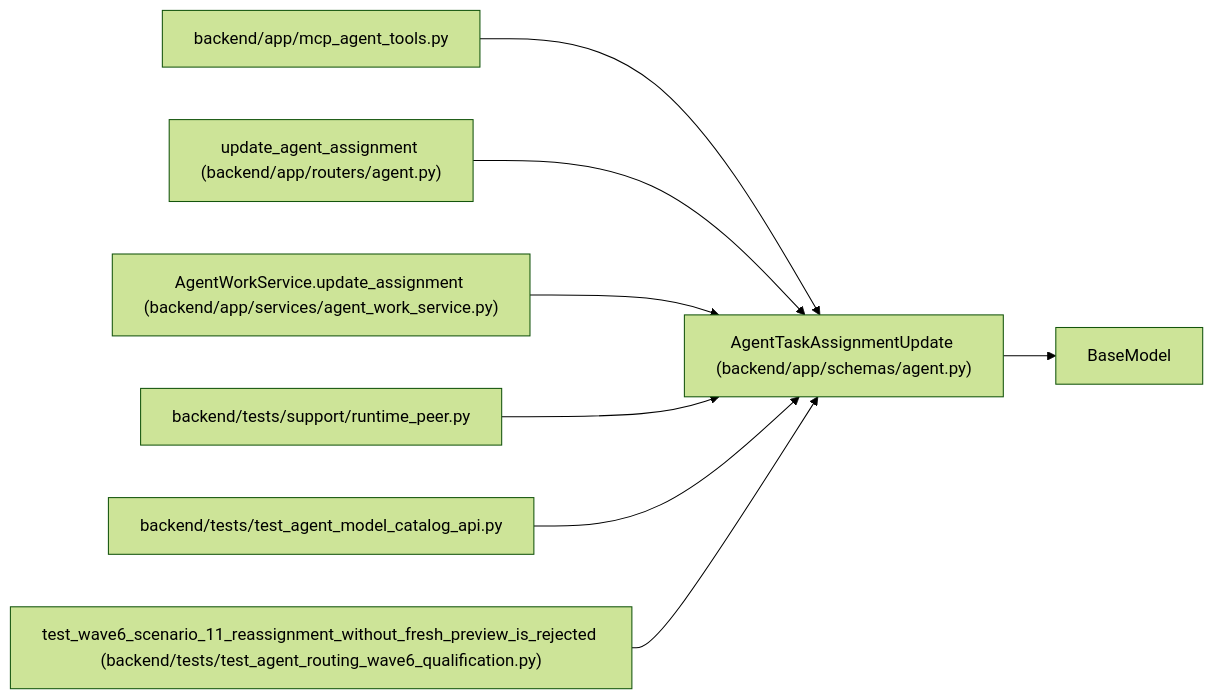
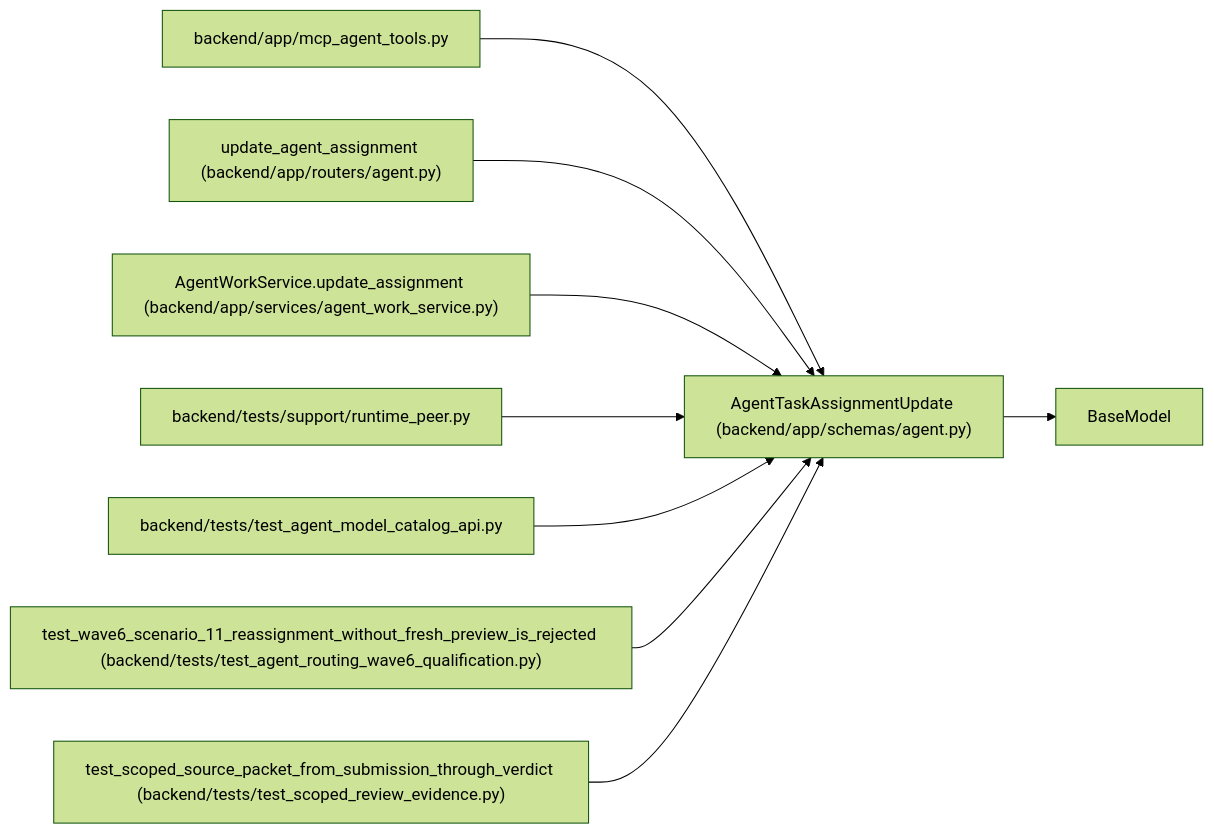
The diagram in docs/llm_wiki/entities/AgentTaskAssignmentUpdate.md (Denissvgn/WorkChord), drawn with Mermaid (forest theme) before and after one commit. The commit also changed other lines of this file and 891 other files, not shown here.

Commit message:
Document candidate-bound evidence and independent review policy

````diff
--- a/docs/llm_wiki/entities/AgentTaskAssignmentUpdate.md
+++ b/docs/llm_wiki/entities/AgentTaskAssignmentUpdate.md
@@ -38,25 +39,28 @@
 ```mermaid
 flowchart LR
     n0["AgentTaskAssignmentUpdate (backend/app/schemas/agent.py)"]
     n1["BaseModel"]
     n2["backend/app/mcp_agent_tools.py"]
     n3["update_agent_assignment (backend/app/routers/agent.py)"]
     n4["AgentWorkService.update_assignment (backend/app/services/agent_work_service.py)"]
     n5["backend/tests/support/runtime_peer.py"]
     n6["backend/tests/test_agent_model_catalog_api.py"]
     n7["test_wave6_scenario_11_reassignment_without_fresh_preview_is_rejected (backend/tests/test_agent_routing_wave6_qualification.py)"]
+    n8["test_scoped_source_packet_from_submission_through_verdict (backend/tests/test_scoped_review_evidence.py)"]
     n0 --> n1
     n2 --> n0
     n3 --> n0
     n4 --> n0
     n5 --> n0
     n6 --> n0
     n7 --> n0
+    n8 --> n0
     click n0 "../modules/schemas_agent.md"
     click n2 "../modules/mcp_agent_tools.md"
     click n3 "../modules/routers_agent.md"
     click n4 "../modules/agent_work_service.md"
     click n5 "../modules/runtime_peer.md"
     click n6 "../modules/test_agent_model_catalog_api.md"
     click n7 "../modules/test_agent_routing_wave6_qualification.md"
+    click n8 "../modules/test_scoped_review_evidence.md"
 ```
````
